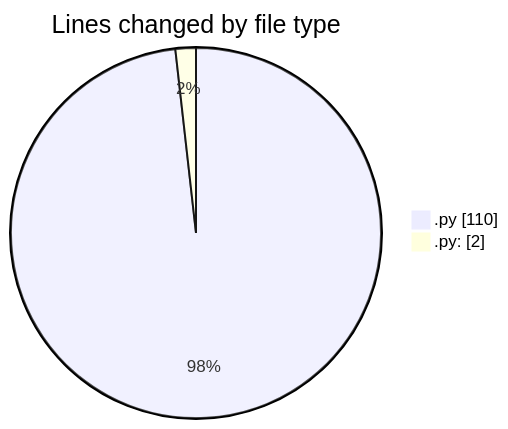
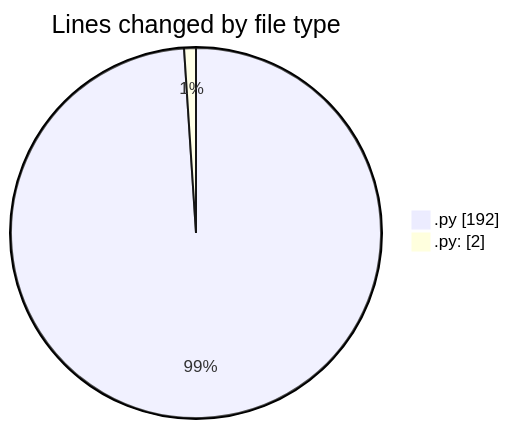
Before and after one commit to momahboobian/code-tracking: the first of 2 diagrams in 2025-02-22/samplepdf/README.md, drawn with Mermaid. The commit also changed other lines of this file and 1 other file, not shown here.

````diff
--- a/2025-02-22/samplepdf/README.md
+++ b/2025-02-22/samplepdf/README.md
@@ -22,6 +24,6 @@
 ```mermaid
 pie showData
 title Lines changed by file type
-".py" : 110
+".py" : 192
 ".py:" : 2
 ```
````
